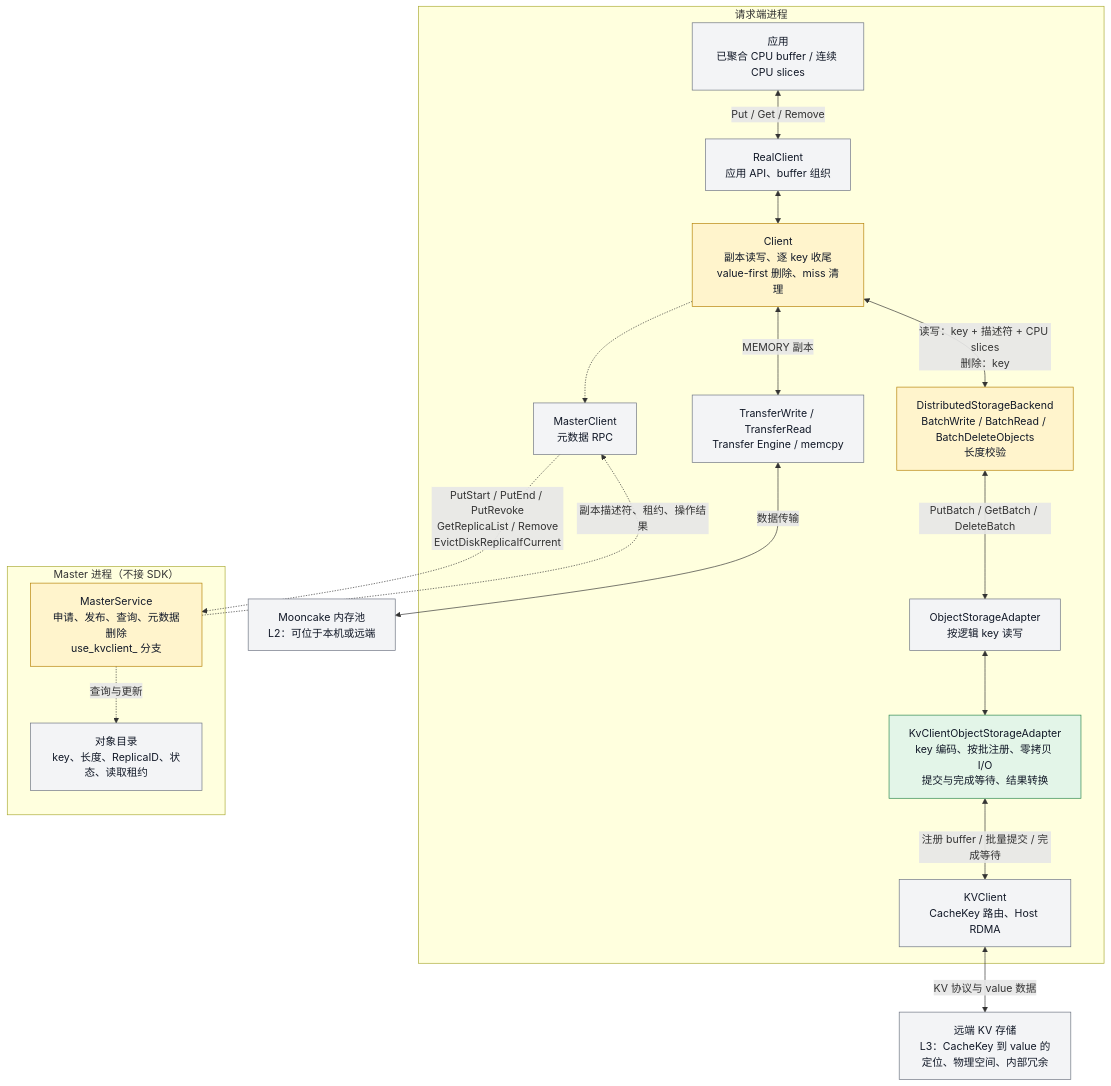
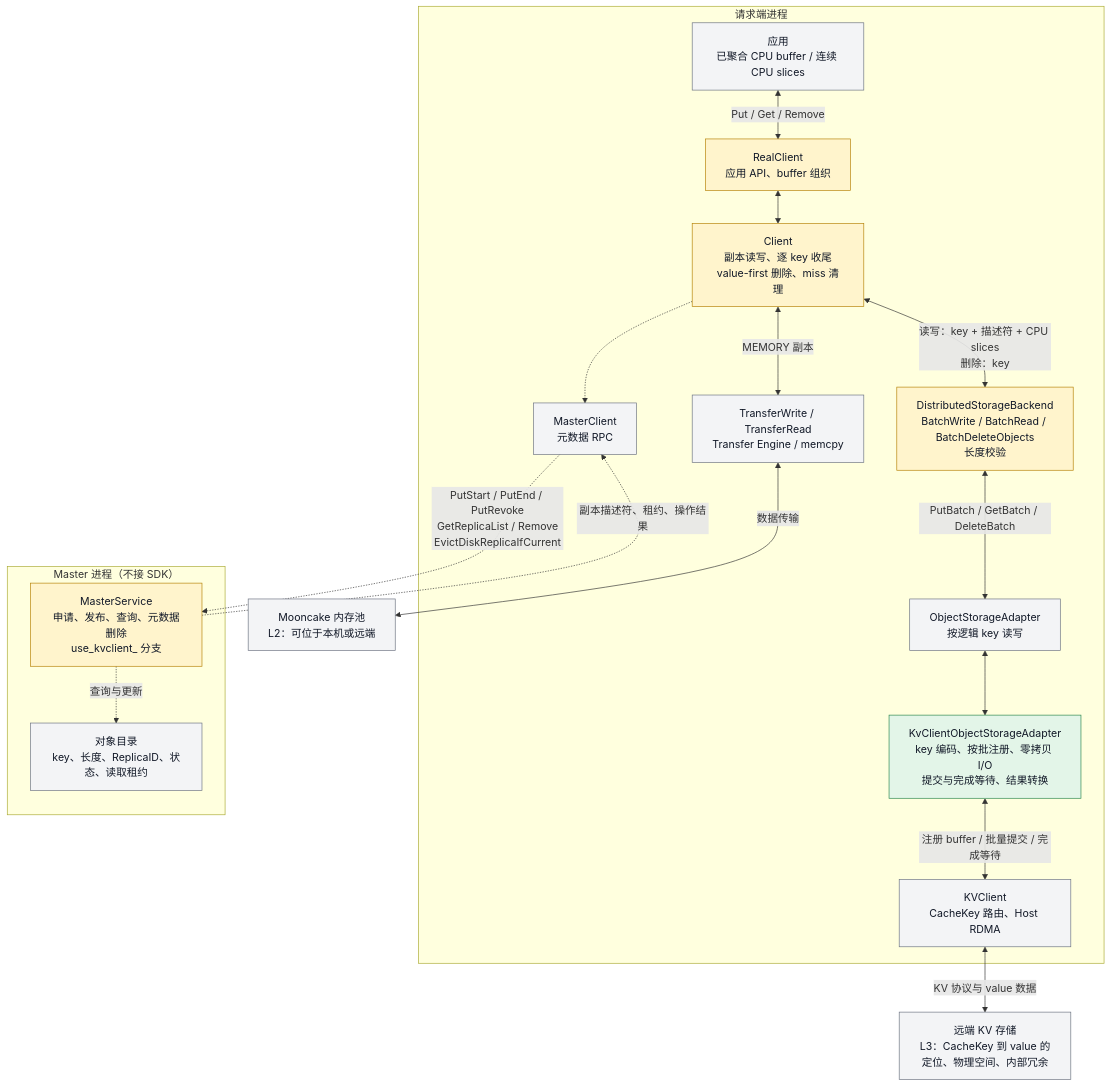
The first of 13 diagrams in Mooncake + KVClient L3 接入（Kvcs）- v3.md (zwj20000328-dotcom/Mooncake-documents), drawn with Mermaid before and after one commit. The commit also changed other lines of this file, not shown here.

Commit message:
docs: fix staging-path, diagram and build inconsistencies found by the final audit

````diff
--- a/Mooncake + KVClient L3 接入（Kvcs）- v3.md
+++ b/Mooncake + KVClient L3 接入（Kvcs）- v3.md
@@ -69,45 +71,45 @@
 ```mermaid
 flowchart TB
     subgraph Request["请求端进程"]
         A["应用<br/>已聚合 CPU buffer / 连续 CPU slices"]
         R["RealClient<br/>应用 API、buffer 组织"]
         C["Client<br/>副本读写、逐 key 收尾<br/>value-first 删除、miss 清理"]
         RPC["MasterClient<br/>元数据 RPC"]
         TE["TransferWrite / TransferRead<br/>Transfer Engine / memcpy"]
         B["DistributedStorageBackend<br/>BatchWrite / BatchRead / BatchDeleteObjects<br/>长度校验"]
         O["ObjectStorageAdapter<br/>按逻辑 key 读写"]
         K["KvClientObjectStorageAdapter<br/>key 编码、按批注册、零拷贝 I/O<br/>提交与完成等待、结果转换"]
         SDK["KVClient<br/>CacheKey 路由、Host RDMA"]
 
         A <-->|"Put / Get / Remove"| R
         R <--> C
         C -.-> RPC
         C <-->|"MEMORY 副本"| TE
         C <-->|"读写：key + 描述符 + CPU slices<br/>删除：key"| B
         B <-->|"PutBatch / GetBatch / DeleteBatch"| O
         O <--> K
         K <-->|"注册 buffer / 批量提交 / 完成等待"| SDK
     end
 
     subgraph Master["Master 进程（不接 SDK）"]
         M["MasterService<br/>申请、发布、查询、元数据删除<br/>use_kvclient_ 分支"]
         META["对象目录<br/>key、长度、ReplicaID、状态、读取租约"]
 
         M -.->|"查询与更新"| META
     end
 
     RAM["Mooncake 内存池<br/>L2：可位于本机或远端"]
     S["远端 KV 存储<br/>L3：CacheKey 到 value 的定位、物理空间、内部冗余"]
 
     RPC -.->|"PutStart / PutEnd / PutRevoke<br/>GetReplicaList / Remove<br/>EvictDiskReplicaIfCurrent"| M
     M -.->|"副本描述符、租约、操作结果"| RPC
     TE <-->|"数据传输"| RAM
     SDK <-->|"KV 协议与 value 数据"| S
 
     classDef existing fill:#f3f4f6,stroke:#6b7280,color:#111827;
     classDef changed fill:#fff4cc,stroke:#b58105,color:#111827;
     classDef added fill:#e3f5e8,stroke:#28864b,color:#111827;
-    class A,R,RPC,TE,O,META,RAM,S,SDK existing;
-    class C,B,M changed;
+    class A,RPC,TE,O,META,RAM,S,SDK existing;
+    class R,C,B,M changed;
     class K added;
 ```
````
